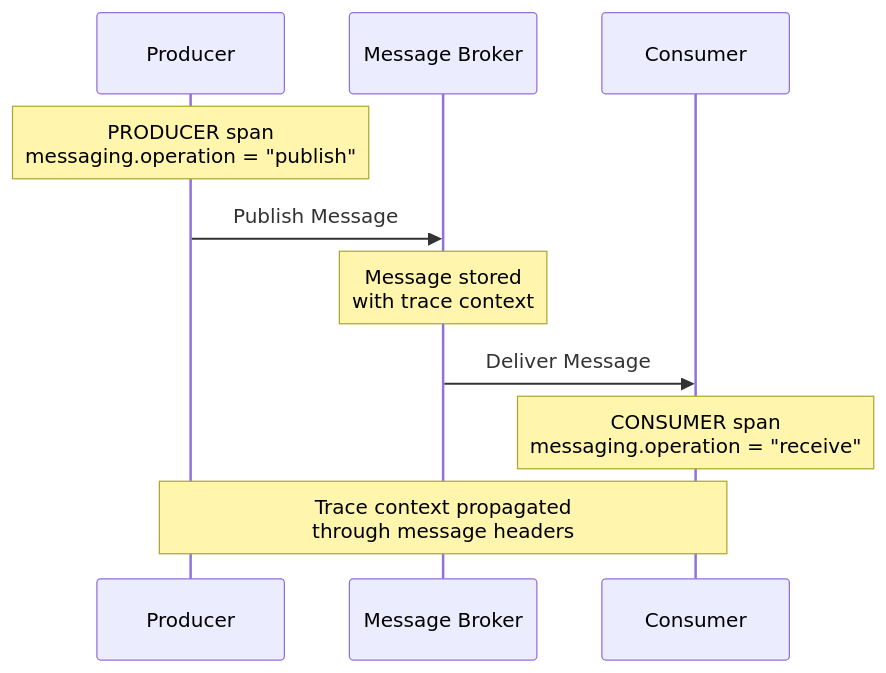
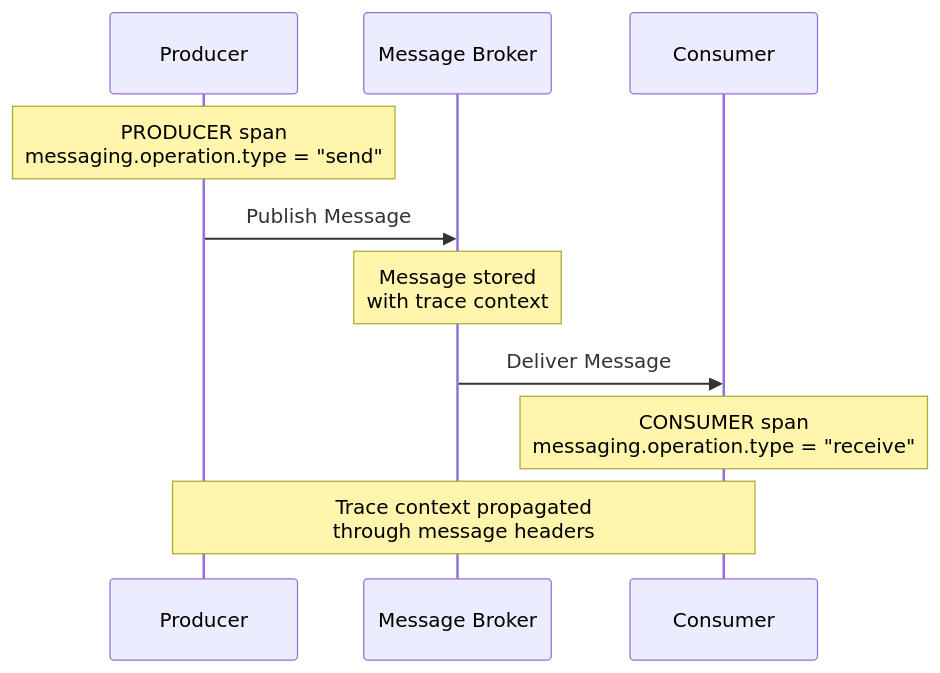
The fourth of 4 diagrams in posts/2026-01-07-opentelemetry-semantic-conventions/README.md (OneUptime/blog), drawn with Mermaid before and after one commit. The commit also changed other lines of this file and 2 other files, not shown here.

````diff
--- a/posts/2026-01-07-opentelemetry-semantic-conventions/README.md
+++ b/posts/2026-01-07-opentelemetry-semantic-conventions/README.md
@@ -536,14 +516,14 @@
 ```mermaid
 sequenceDiagram
     participant Producer
     participant Broker as Message Broker
     participant Consumer
 
-    Note over Producer: PRODUCER span<br/>messaging.operation = "publish"
+    Note over Producer: PRODUCER span<br/>messaging.operation.type = "send"
     Producer->>Broker: Publish Message
     Note over Broker: Message stored<br/>with trace context
     Broker->>Consumer: Deliver Message
-    Note over Consumer: CONSUMER span<br/>messaging.operation = "receive"
+    Note over Consumer: CONSUMER span<br/>messaging.operation.type = "receive"
 
     Note over Producer,Consumer: Trace context propagated<br/>through message headers
 ```
````
